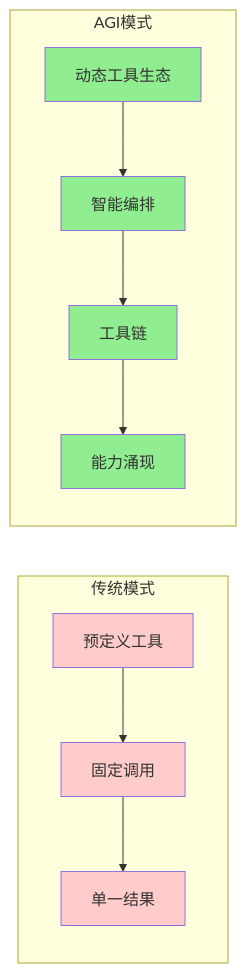
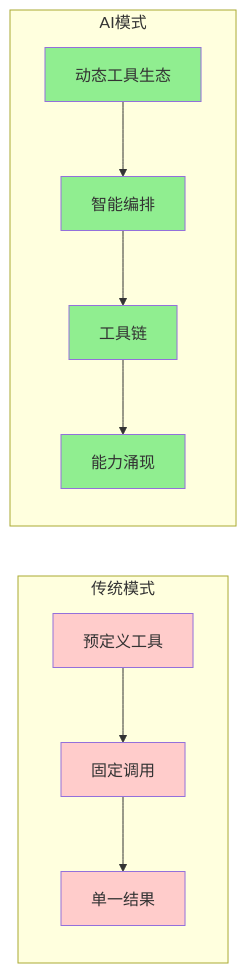
Before and after one commit to youyoude/agi-app-dev-guide-book: the third of 4 diagrams in 第四部分_智能大脑工程学/4.3_工具扩展运行层/4.3.0_工具扩展运行层概述.md, drawn with Mermaid. The commit also changed other lines of this file and 27 other files, not shown here.

````diff
--- a/第四部分_智能大脑工程学/4.3_工具扩展运行层/4.3.0_工具扩展运行层概述.md
+++ b/第四部分_智能大脑工程学/4.3_工具扩展运行层/4.3.0_工具扩展运行层概述.md
@@ -134,21 +134,21 @@
 ```mermaid
 graph LR
     subgraph "传统模式"
         A1[预定义工具] --> B1[固定调用]
         B1 --> C1[单一结果]
     end
     
-    subgraph "AGI模式" 
+    subgraph "AI模式" 
         A2[动态工具生态] --> B2[智能编排]
         B2 --> C2[工具链]
         C2 --> D2[能力涌现]
     end
     
     style A1 fill:#ffcccb
     style B1 fill:#ffcccb
     style C1 fill:#ffcccb
     style A2 fill:#90ee90
     style B2 fill:#90ee90
     style C2 fill:#90ee90
     style D2 fill:#90ee90
 ```
````
